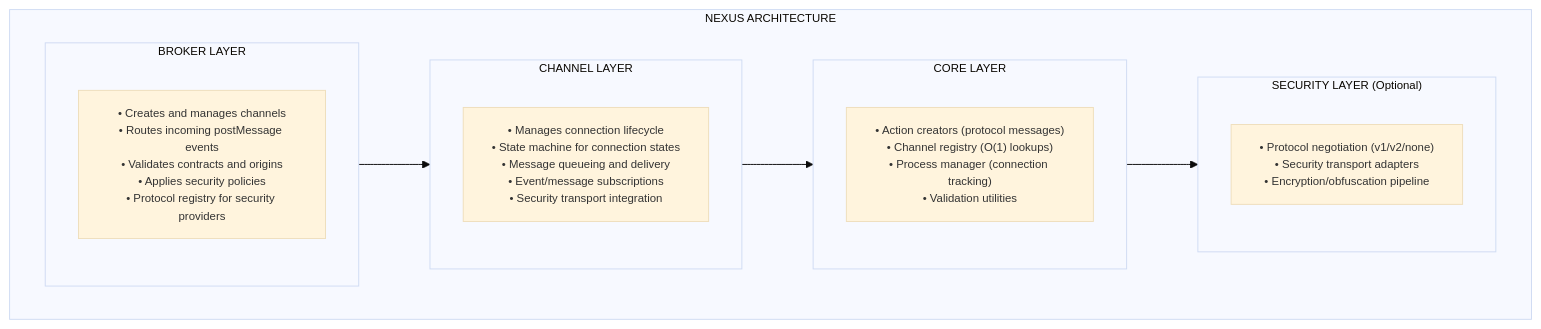
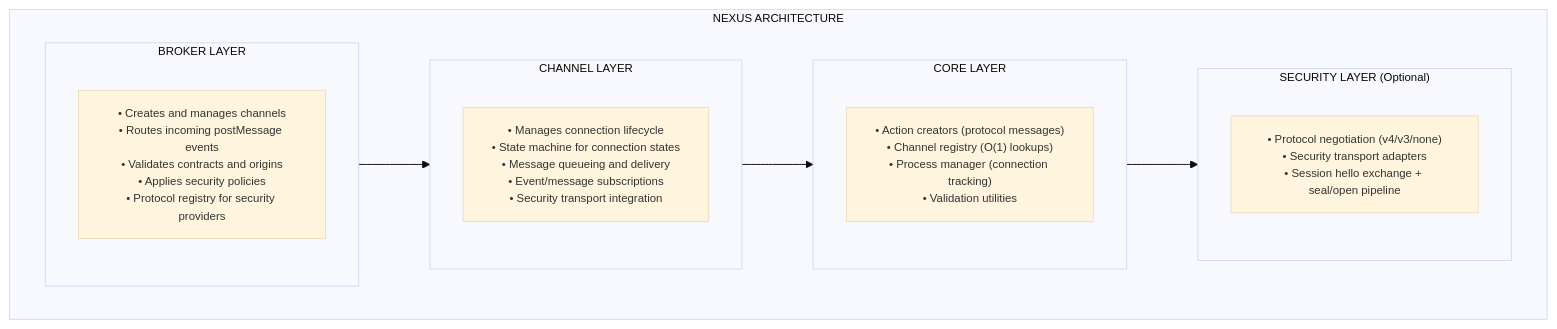
The first of 8 diagrams in libs/nexus/ARCHITECTURE.md (AndrewRedican/hyperfrontend), drawn with Mermaid before and after one commit. The commit also changed other lines of this file and 1 other file, not shown here.

Commit message:
docs(lib-nexus): describe the sealed session handshake and the security seam

````diff
--- a/libs/nexus/ARCHITECTURE.md
+++ b/libs/nexus/ARCHITECTURE.md
@@ -40,30 +40,30 @@
 ```mermaid
 ---
 config:
   theme: base
   themeVariables:
     fontSize: 12px
 ---
 flowchart TB
     subgraph NexusArch["NEXUS ARCHITECTURE"]
         subgraph BrokerLayer["BROKER LAYER"]
             BrokerDesc["• Creates and manages channels<br/>• Routes incoming postMessage events<br/>• Validates contracts and origins<br/>• Applies security policies<br/>• Protocol registry for security providers"]
         end
 
         subgraph ChannelLayer["CHANNEL LAYER"]
             ChannelDesc["• Manages connection lifecycle<br/>• State machine for connection states<br/>• Message queueing and delivery<br/>• Event/message subscriptions<br/>• Security transport integration"]
         end
 
         subgraph CoreLayer["CORE LAYER"]
             CoreDesc["• Action creators (protocol messages)<br/>• Channel registry (O(1) lookups)<br/>• Process manager (connection tracking)<br/>• Validation utilities"]
         end
 
         subgraph SecurityLayer["SECURITY LAYER (Optional)"]
-            SecurityDesc["• Protocol negotiation (v1/v2/none)<br/>• Security transport adapters<br/>• Encryption/obfuscation pipeline"]
+            SecurityDesc["• Protocol negotiation (v4/v3/none)<br/>• Security transport adapters<br/>• Session hello exchange + seal/open pipeline"]
         end
 
         BrokerLayer --> ChannelLayer
         ChannelLayer --> CoreLayer
         CoreLayer --> SecurityLayer
     end
 ```
````
